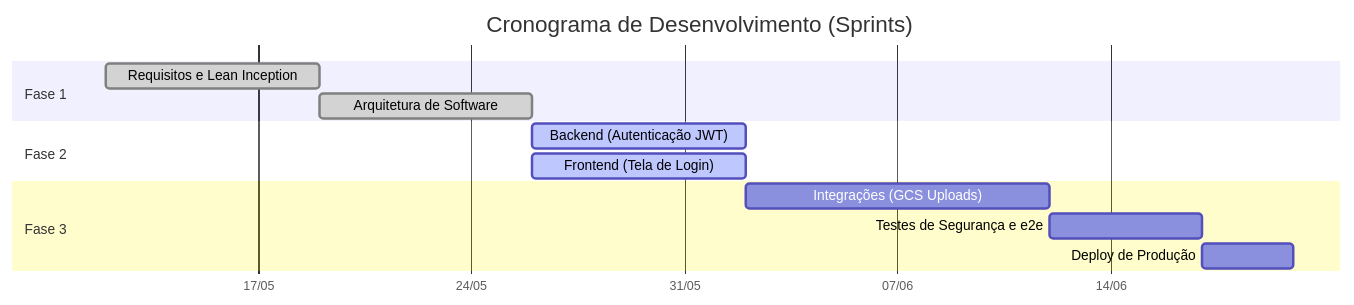
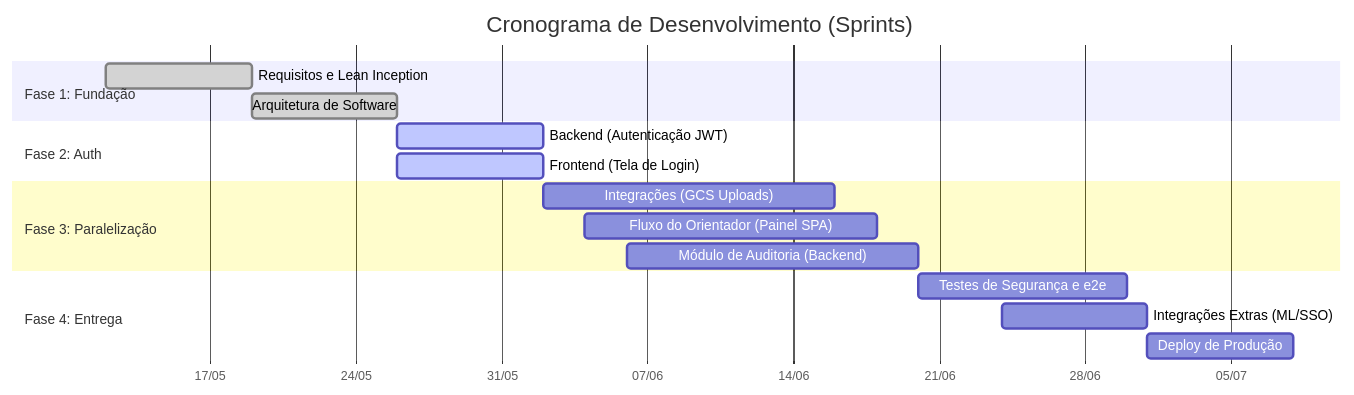
One commit to pedrohpsantos/EdTech changed the first of 3 diagrams in docs/planejamento/cronograma.md. Above: the diagram before and after it, drawn with Mermaid. The commit also changed other lines of this file and 23 other files, not shown here.

Commit message:
docs: initialize project documentation including ADRs, architecture models, and agile planning artifacts.

````diff
--- a/docs/planejamento/cronograma.md
+++ b/docs/planejamento/cronograma.md
@@ -9,19 +9,24 @@
 ```mermaid
 gantt
     title Cronograma de Desenvolvimento (Sprints)
     dateFormat YYYY-MM-DD
     axisFormat %d/%m
 
-    section Fase 1
+    section Fase 1: Fundação
     Requisitos e Lean Inception      :done, f1, 2026-05-12, 7d
     Arquitetura de Software          :done, f2, 2026-05-19, 7d
 
-    section Fase 2
+    section Fase 2: Auth
     Backend (Autenticação JWT)       :active, f3, 2026-05-26, 7d
     Frontend (Tela de Login)         :active, f4, 2026-05-26, 7d
 
-    section Fase 3
-    Integrações (GCS Uploads)        :f5, 2026-06-02, 10d
-    Testes de Segurança e e2e        :f6, 2026-06-12, 5d
-    Deploy de Produção               :f7, 2026-06-17, 3d
+    section Fase 3: Paralelização
+    Integrações (GCS Uploads)        :f5, 2026-06-02, 14d
+    Fluxo do Orientador (Painel SPA) :f6, 2026-06-04, 14d
+    Módulo de Auditoria (Backend)    :f7, 2026-06-06, 14d
+
+    section Fase 4: Entrega
+    Testes de Segurança e e2e        :f8, 2026-06-20, 10d
+    Integrações Extras (ML/SSO)      :f9, 2026-06-24, 7d
+    Deploy de Produção               :f10, 2026-07-01, 7d
 ```
````
